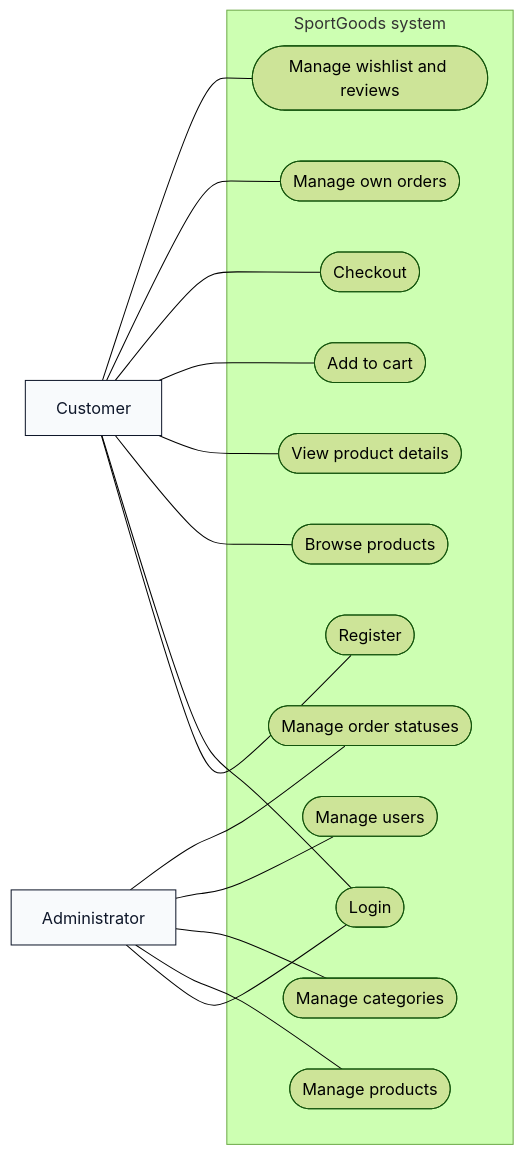
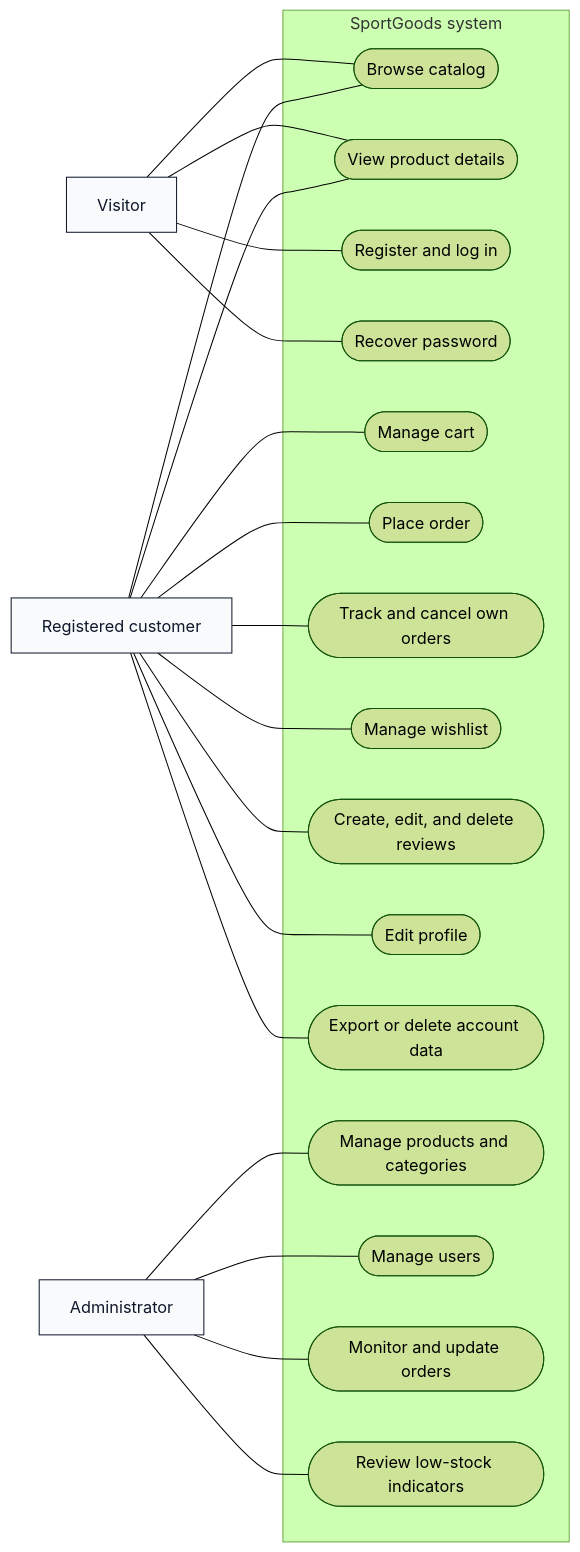
The second of 5 diagrams in docs/ProjectDocumentation.en.md (IvanovvAlex/SportGoods.Client), drawn with Mermaid (forest theme) before and after one commit. The commit also changed other lines of this file and 3 other files, not shown here.

````diff
--- a/docs/ProjectDocumentation.en.md
+++ b/docs/ProjectDocumentation.en.md
@@ -103,37 +123,46 @@
 ```mermaid
 flowchart LR
-    Customer["Customer"]:::actor
+    Visitor["Visitor"]:::actor
+    Customer["Registered customer"]:::actor
     Admin["Administrator"]:::actor
 
     subgraph SportGoods["SportGoods system"]
-        UC1(["Register"])
-        UC2(["Login"])
-        UC3(["Browse products"])
-        UC4(["View product details"])
-        UC5(["Add to cart"])
-        UC6(["Checkout"])
-        UC7(["Manage own orders"])
-        UC8(["Manage wishlist and reviews"])
-        UC9(["Manage products"])
-        UC10(["Manage categories"])
-        UC11(["Manage users"])
-        UC12(["Manage order statuses"])
+        UC1(["Browse catalog"])
+        UC2(["View product details"])
+        UC3(["Register and log in"])
+        UC4(["Recover password"])
+        UC5(["Manage cart"])
+        UC6(["Place order"])
+        UC7(["Track and cancel own orders"])
+        UC8(["Manage wishlist"])
+        UC9(["Create, edit, and delete reviews"])
+        UC10(["Edit profile"])
+        UC11(["Export or delete account data"])
+        UC12(["Manage products and categories"])
+        UC13(["Manage users"])
+        UC14(["Monitor and update orders"])
+        UC15(["Review low-stock indicators"])
     end
+
+    Visitor --- UC1
+    Visitor --- UC2
+    Visitor --- UC3
+    Visitor --- UC4
 
     Customer --- UC1
     Customer --- UC2
-    Customer --- UC3
-    Customer --- UC4
     Customer --- UC5
     Customer --- UC6
     Customer --- UC7
     Customer --- UC8
+    Customer --- UC9
+    Customer --- UC10
+    Customer --- UC11
 
-    Admin --- UC2
-    Admin --- UC9
-    Admin --- UC10
-    Admin --- UC11
     Admin --- UC12
+    Admin --- UC13
+    Admin --- UC14
+    Admin --- UC15
 
     classDef actor fill:#f8fafc,stroke:#0f172a,stroke-width:1px,color:#0f172a;
 ```
````
